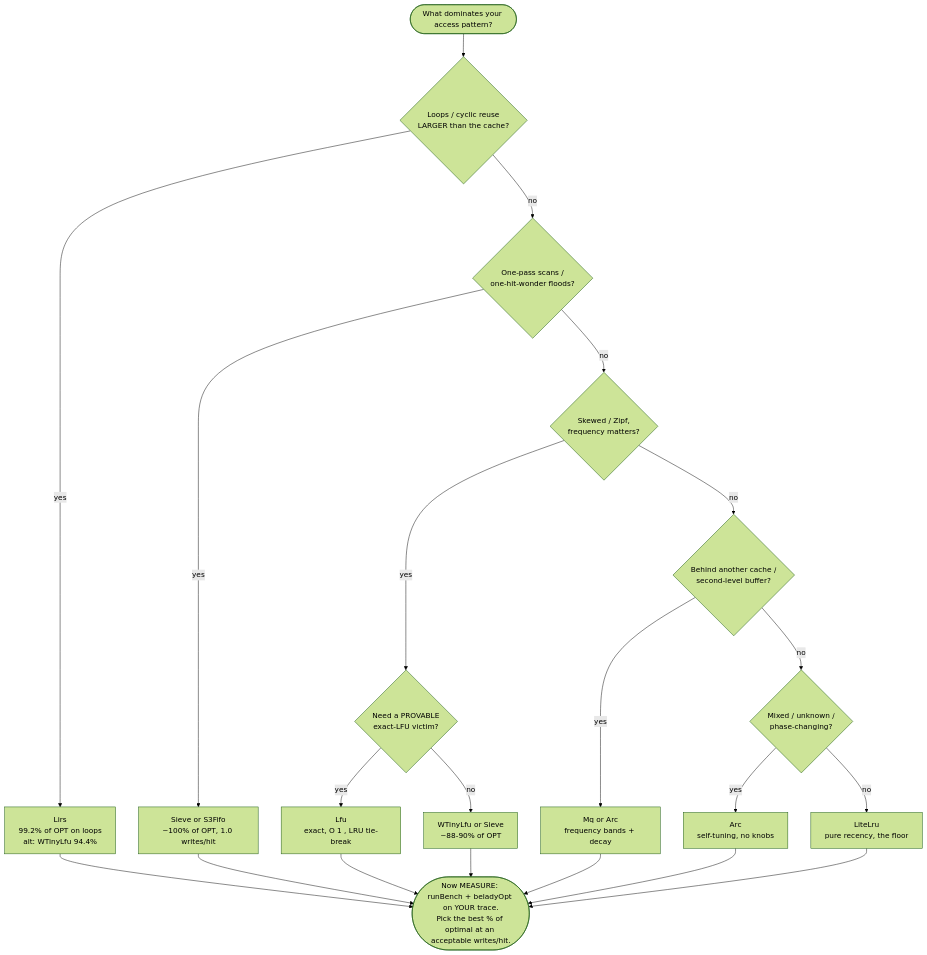
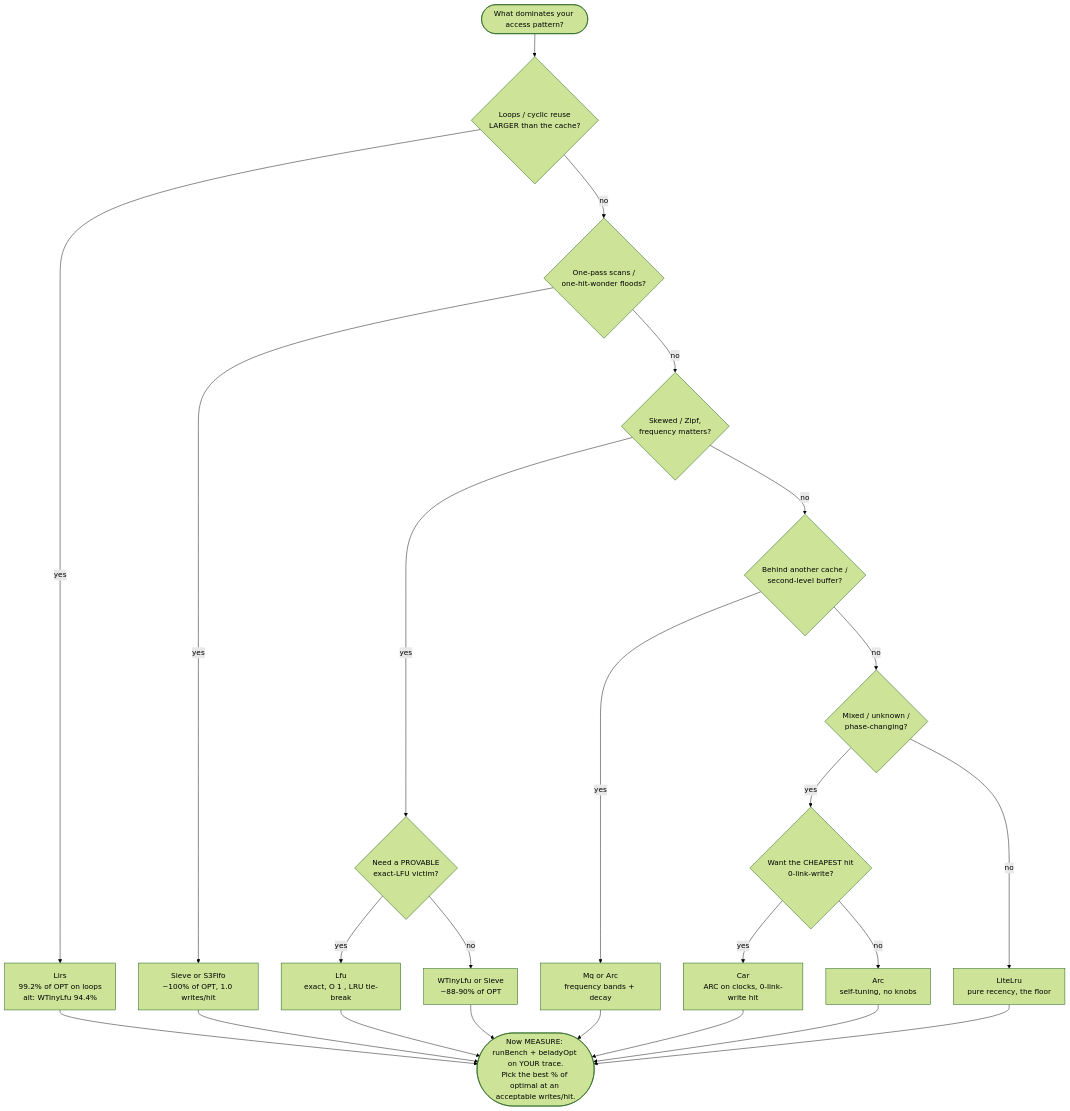
The diagram in GUIDE.md (PeshoVurtoleta/lite-lru), drawn with Mermaid (forest theme) before and after one commit. The commit also changed other lines of this file and 35 other files, not shown here.

````diff
--- a/GUIDE.md
+++ b/GUIDE.md
@@ -65,24 +69,27 @@
 ```mermaid
 flowchart TD
     START([What dominates your access pattern?]) --> LOOP{Loops / cyclic reuse<br/>LARGER than the cache?}
     LOOP -- yes --> LIRS[Lirs<br/>99.2% of OPT on loops<br/>alt: WTinyLfu 94.4%]
     LOOP -- no --> SCAN{One-pass scans /<br/>one-hit-wonder floods?}
     SCAN -- yes --> SIEVE[Sieve or S3Fifo<br/>~100% of OPT, 1.0 writes/hit]
     SCAN -- no --> SKEW{Skewed / Zipf,<br/>frequency matters?}
     SKEW -- yes --> EXACT{Need a PROVABLE<br/>exact-LFU victim?}
     EXACT -- yes --> LFU[Lfu<br/>exact, O 1 , LRU tie-break]
     EXACT -- no --> WTLFU[WTinyLfu or Sieve<br/>~88-90% of OPT]
     SKEW -- no --> L2{Behind another cache /<br/>second-level buffer?}
     L2 -- yes --> MQ[Mq or Arc<br/>frequency bands + decay]
     L2 -- no --> KNOBS{Mixed / unknown /<br/>phase-changing?}
-    KNOBS -- yes --> ARC[Arc<br/>self-tuning, no knobs]
+    KNOBS -- yes --> CHEAP{Want the CHEAPEST hit<br/>0-link-write?}
+    CHEAP -- yes --> CAR[Car<br/>ARC on clocks, 0-link-write hit]
+    CHEAP -- no --> ARC[Arc<br/>self-tuning, no knobs]
     KNOBS -- no --> SIMPLE[LiteLru<br/>pure recency, the floor]
     LIRS --> MEASURE
     SIEVE --> MEASURE
     LFU --> MEASURE
     WTLFU --> MEASURE
     MQ --> MEASURE
+    CAR --> MEASURE
     ARC --> MEASURE
     SIMPLE --> MEASURE
     MEASURE([Now MEASURE: runBench + beladyOpt on YOUR trace.<br/>Pick the best % of optimal at an acceptable writes/hit.])
 ```
````
